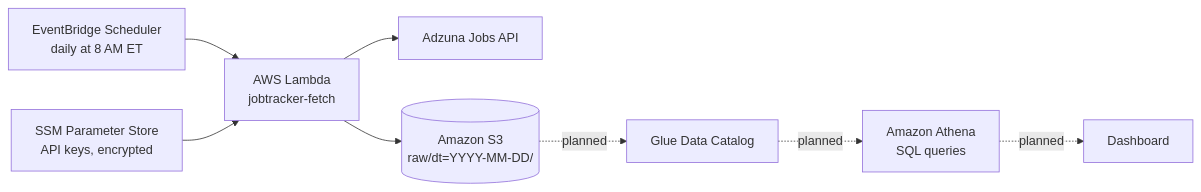
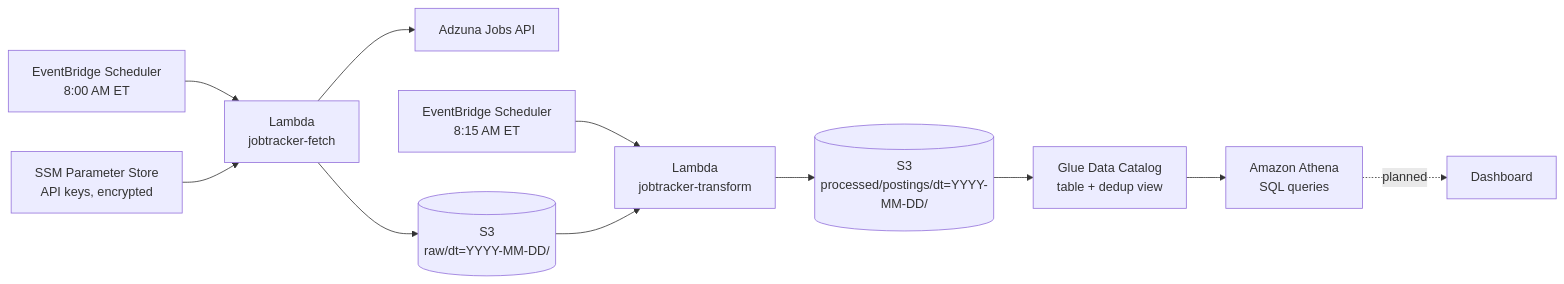
One commit to jordannLai/AWS-Job-Market-Job-Tracker changed the diagram in README.md. Above: the diagram before and after it, drawn with Mermaid. The commit also changed other lines of this file, not shown here.

````diff
--- a/README.md
+++ b/README.md
@@ -20,10 +20,13 @@
 ```mermaid
 flowchart LR
-    A[EventBridge Scheduler<br/>daily at 8 AM ET] --> B[AWS Lambda<br/>jobtracker-fetch]
+    A[EventBridge Scheduler<br/>8:00 AM ET] --> B[Lambda<br/>jobtracker-fetch]
     C[SSM Parameter Store<br/>API keys, encrypted] --> B
     B --> D[Adzuna Jobs API]
-    B --> E[(Amazon S3<br/>raw/dt=YYYY-MM-DD/)]
-    E -. planned .-> F[Glue Data Catalog]
-    F -. planned .-> G[Amazon Athena<br/>SQL queries]
-    G -. planned .-> H[Dashboard]
+    B --> E[(S3<br/>raw/dt=YYYY-MM-DD/)]
+    F[EventBridge Scheduler<br/>8:15 AM ET] --> G[Lambda<br/>jobtracker-transform]
+    E --> G
+    G --> H[(S3<br/>processed/postings/dt=YYYY-MM-DD/)]
+    H --> I[Glue Data Catalog<br/>table + dedup view]
+    I --> J[Amazon Athena<br/>SQL queries]
+    J -. planned .-> K[Dashboard]
 ```
````
